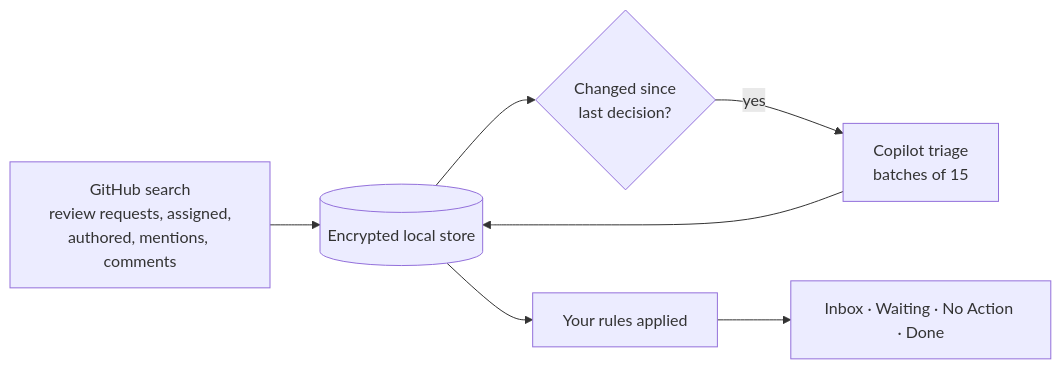
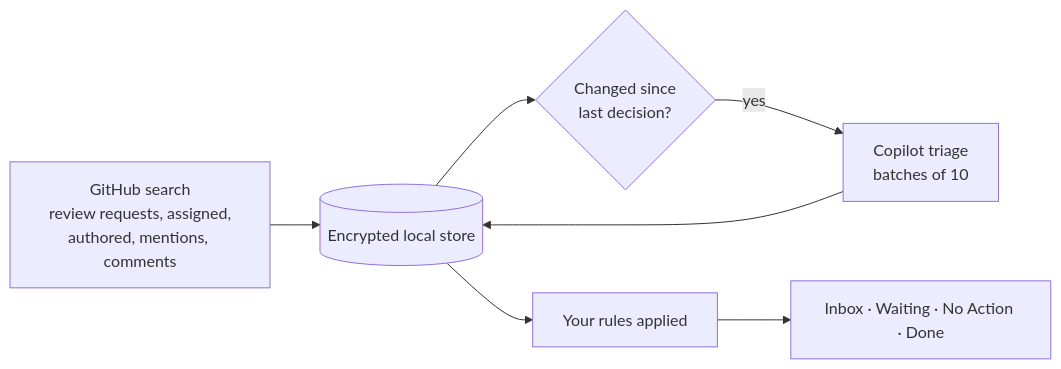
Before and after one commit to dbuskariol/triage: the diagram in README.md, drawn with Mermaid. The commit also changed 8 other files, not shown here.

````diff
--- a/README.md
+++ b/README.md
@@ -22,9 +22,9 @@
 ```mermaid
 flowchart LR
     A[GitHub search<br/>review requests, assigned,<br/>authored, mentions, comments] --> B[(Encrypted local store)]
     B --> C{Changed since<br/>last decision?}
-    C -- yes --> D[Copilot triage<br/>batches of 15]
+    C -- yes --> D[Copilot triage<br/>batches of 10]
     D --> B
     B --> E[Your rules applied]
     E --> F[Inbox · Waiting · No Action · Done]
 ```
````
